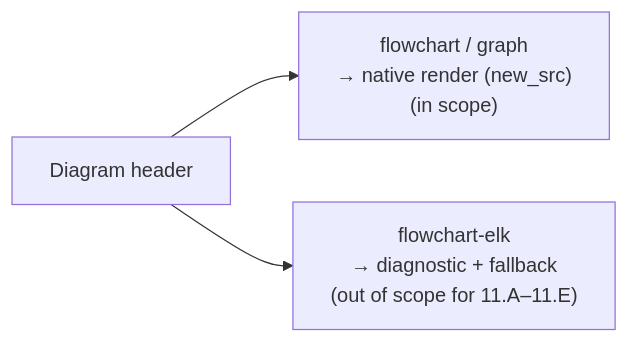
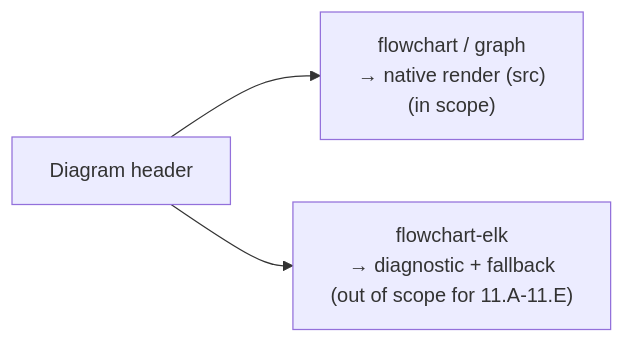
Diagram 22 of 23 in spec.md (VaderConsulting/MarkdownToDocX), drawn with Mermaid before and after one commit. The commit also changed other lines of this file and 16 other files, not shown here.

````diff
--- a/spec.md
+++ b/spec.md
@@ -2778,9 +2778,9 @@
 ```mermaid
 flowchart LR
   HDR["Diagram header"]
-  DAG["flowchart / graph\n→ native render (new_src)\n(in scope)"]
-  ELK["flowchart-elk\n→ diagnostic + fallback\n(out of scope for 11.A–11.E)"]
+  DAG["flowchart / graph\n→ native render (src)\n(in scope)"]
+  ELK["flowchart-elk\n→ diagnostic + fallback\n(out of scope for 11.A-11.E)"]
 
   HDR --> DAG
   HDR --> ELK
 ```
````
